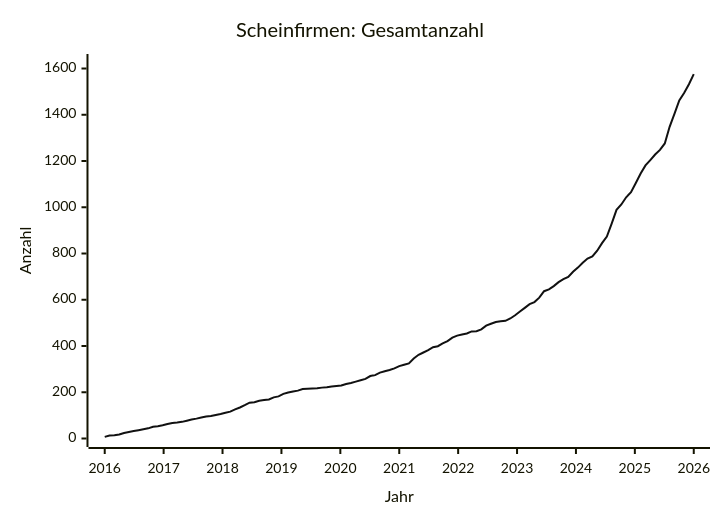
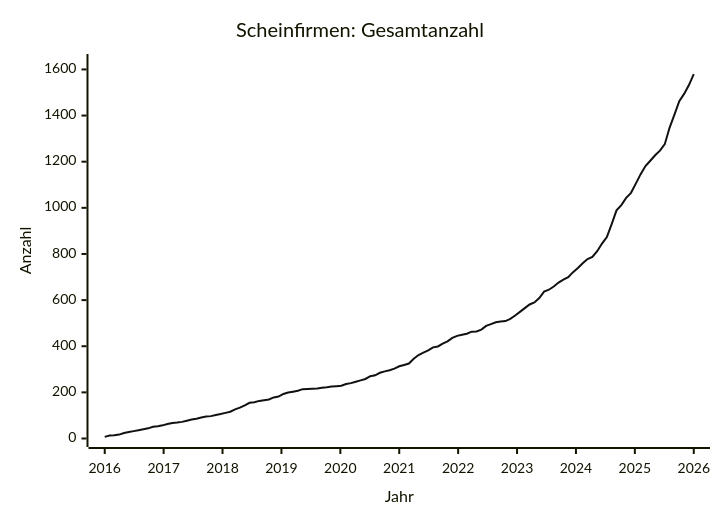
One commit to arjoma/scheinfirmen-at changed the diagram in data/STATS.md. Above: the diagram before and after it, drawn with Mermaid. The commit also changed other lines of this file and 3 other files, not shown here.

````diff
--- a/data/STATS.md
+++ b/data/STATS.md
@@ -9,13 +9,13 @@
 ```mermaid
 ---
 config:
   themeVariables:
     xyChart:
       plotColorPalette: "#111111"
 ---
 xychart-beta
     title "Scheinfirmen: Gesamtanzahl"
     x-axis "Jahr" 2016 --> 2026
-    y-axis "Anzahl" 0 --> 1626
-    line [7, 13, 14, 17, 24, 28, 32, 36, 40, 44, 51, 53, 57, 63, 67, 69, 72, 77, 82, 86, 91, 95, 97, 102, 106, 111, 116, 126, 134, 144, 155, 157, 163, 166, 169, 178, 182, 193, 199, 203, 207, 214, 215, 216, 217, 220, 222, 225, 227, 229, 236, 240, 246, 252, 258, 270, 274, 285, 291, 296, 303, 313, 319, 325, 346, 362, 372, 382, 395, 399, 411, 421, 436, 445, 450, 454, 463, 464, 472, 488, 496, 504, 507, 509, 519, 533, 549, 565, 581, 590, 609, 637, 645, 659, 676, 689, 699, 721, 739, 760, 778, 787, 812, 845, 873, 929, 989, 1012, 1043, 1065, 1105, 1146, 1181, 1204, 1228, 1248, 1276, 1348, 1404, 1462, 1494, 1532, 1576]
+    y-axis "Anzahl" 0 --> 1630
+    line [7, 13, 14, 17, 24, 28, 32, 36, 40, 44, 51, 53, 57, 63, 67, 69, 72, 77, 82, 86, 91, 95, 97, 102, 106, 111, 116, 126, 134, 144, 155, 157, 163, 166, 169, 178, 182, 193, 199, 203, 207, 214, 215, 216, 217, 220, 222, 225, 227, 229, 236, 240, 246, 252, 258, 270, 274, 285, 291, 296, 303, 313, 319, 325, 346, 362, 372, 382, 395, 399, 411, 421, 436, 445, 450, 454, 463, 464, 472, 488, 496, 504, 507, 509, 519, 533, 549, 565, 581, 590, 609, 637, 645, 659, 676, 689, 699, 721, 739, 760, 778, 787, 812, 845, 873, 929, 989, 1012, 1043, 1065, 1105, 1146, 1181, 1204, 1228, 1248, 1276, 1348, 1404, 1462, 1494, 1532, 1580]
 ```
````
